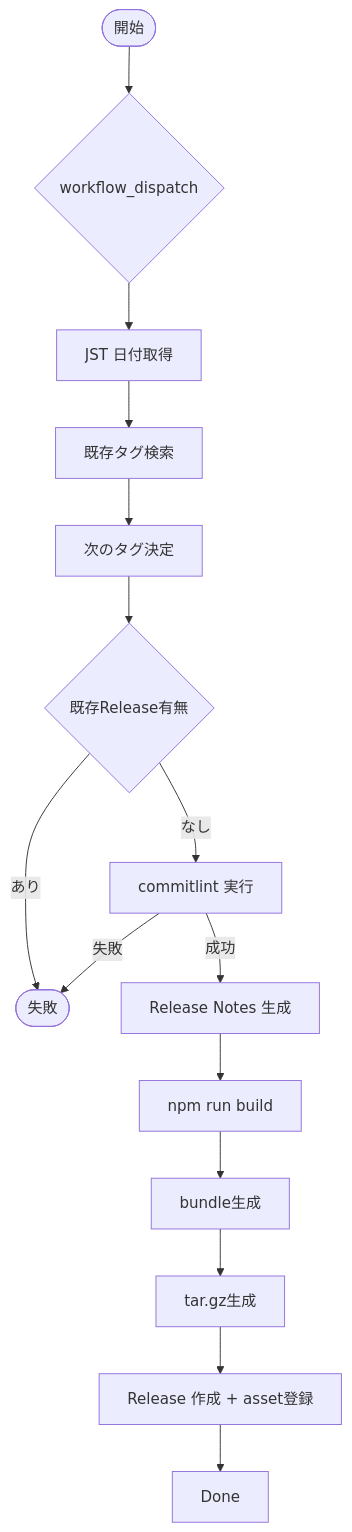
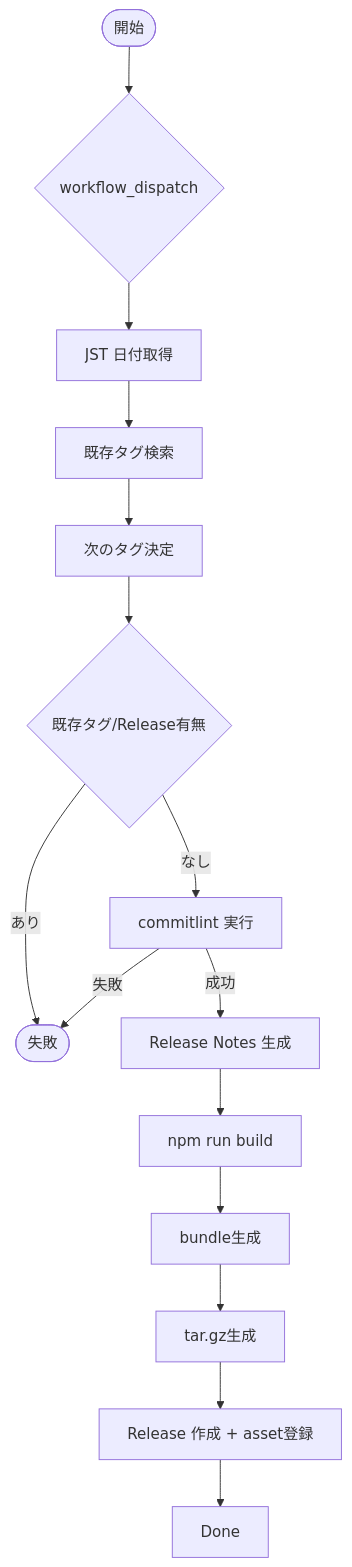
The second of 2 diagrams in .github/copilot/plans/47_github-release-management-implementation-plan.md (LevelCapTech/Agile-PMBOK-Assist), drawn with Mermaid before and after one commit. The commit also changed other lines of this file, not shown here.

````diff
--- a/.github/copilot/plans/47_github-release-management-implementation-plan.md
+++ b/.github/copilot/plans/47_github-release-management-implementation-plan.md
@@ -163,17 +166,17 @@
 ```mermaid
 flowchart TD
   Start([開始]) --> Trigger{workflow_dispatch}
   Trigger --> Date[JST 日付取得]
   Date --> Tags[既存タグ検索]
   Tags --> NextTag[次のタグ決定]
-  NextTag --> CheckRelease{既存Release有無}
+  NextTag --> CheckRelease{既存タグ/Release有無}
   CheckRelease -->|あり| Fail([失敗])
   CheckRelease -->|なし| Lint[commitlint 実行]
   Lint -->|失敗| Fail
   Lint -->|成功| Notes[Release Notes 生成]
   Notes --> Build[npm run build]
   Build --> Bundle[bundle生成]
   Bundle --> Tar[tar.gz生成]
   Tar --> Create[Release 作成 + asset登録]
   Create --> Done
 ```
````
